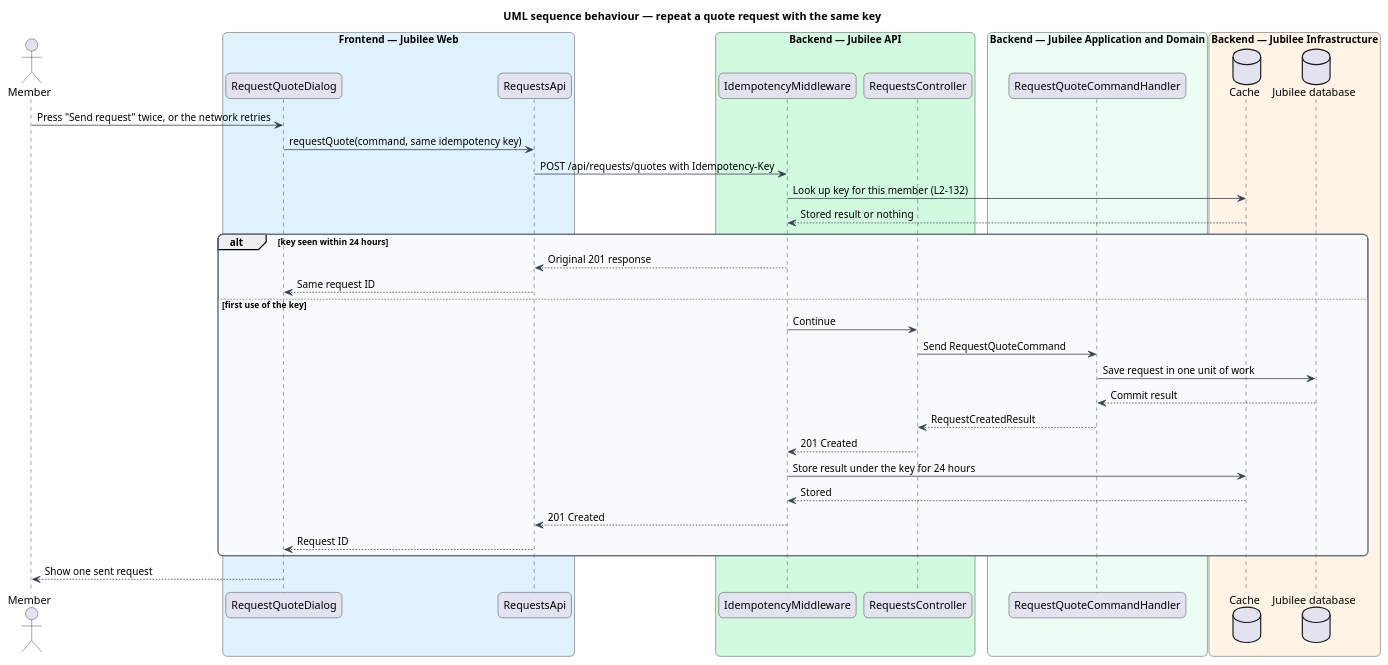
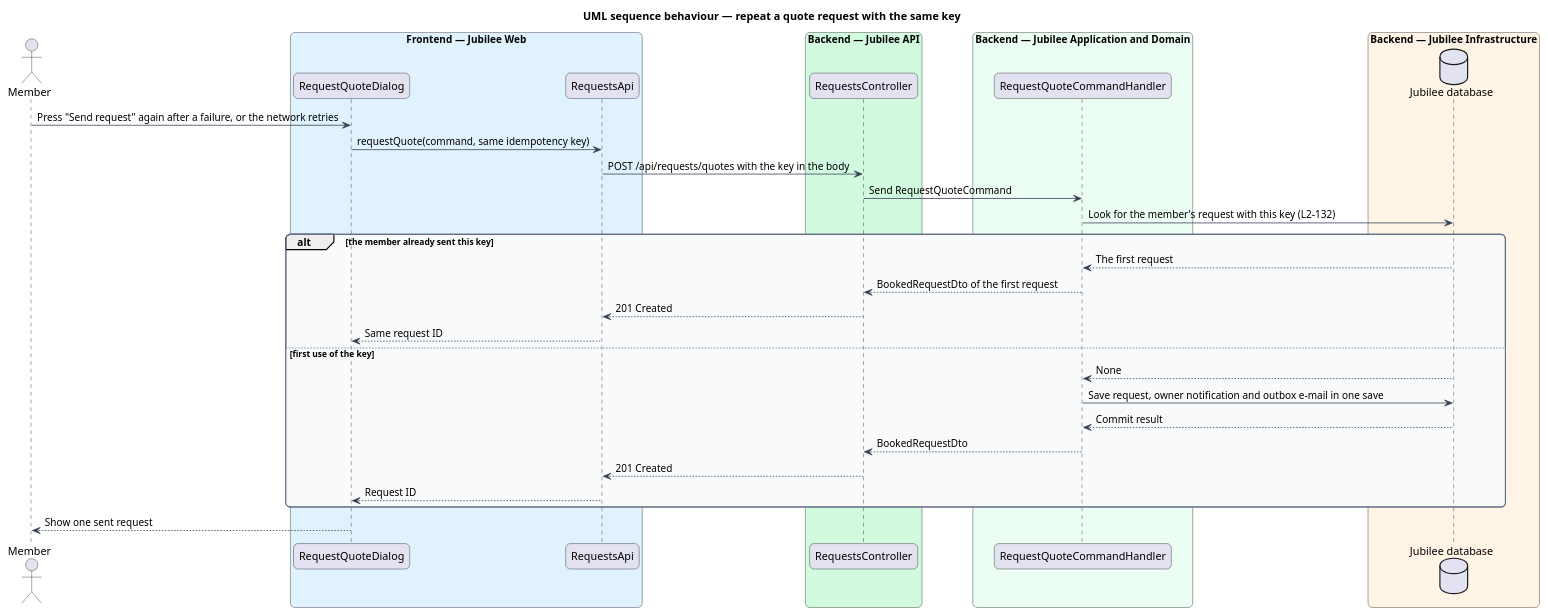
Before and after one commit to QuinntyneBrown/jubilee: the diagram in docs/detailed-designs/requests/request-quote/diagrams/sequence-repeat-request.puml, drawn with PlantUML. The commit also changed 13 other files, not shown here.

First line of the commit message:
Sharpen the quote criteria and bring the request-quote design in line with the code

```diff
--- a/docs/detailed-designs/requests/request-quote/diagrams/sequence-repeat-request.puml
+++ b/docs/detailed-designs/requests/request-quote/diagrams/sequence-repeat-request.puml
@@ -1,54 +1,50 @@
 @startuml
 title UML sequence behaviour — repeat a quote request with the same key
 skinparam backgroundColor #FFFFFF
 skinparam shadowing false
 skinparam roundcorner 12
 skinparam defaultFontName Arial
 skinparam ArrowColor #344054
 skinparam rectangle {
   BorderColor #344054
   FontColor #101828
 }
 skinparam package {
   BorderColor #667085
   FontColor #101828
   BackgroundColor #F9FAFB
 }
 actor "Member" as actor
 box "Frontend — Jubilee Web" #E0F2FE
   participant "RequestQuoteDialog" as dialog
   participant "RequestsApi" as client
 end box
 box "Backend — Jubilee API" #D1FADF
-  participant "IdempotencyMiddleware" as idem
   participant "RequestsController" as controller
 end box
 box "Backend — Jubilee Application and Domain" #ECFDF3
   participant "RequestQuoteCommandHandler" as handler
 end box
 box "Backend — Jubilee Infrastructure" #FFF4E5
-  database "Cache" as cache
   database "Jubilee database" as db
 end box
-actor -> dialog : Press "Send request" twice, or the network retries
+actor -> dialog : Press "Send request" again after a failure, or the network retries
 dialog -> client : requestQuote(command, same idempotency key)
-client -> idem : POST /api/requests/quotes with Idempotency-Key
-idem -> cache : Look up key for this member (L2-132)
-cache --> idem : Stored result or nothing
-alt key seen within 24 hours
-  idem --> client : Original 201 response
+client -> controller : POST /api/requests/quotes with the key in the body
+controller -> handler : Send RequestQuoteCommand
+handler -> db : Look for the member's request with this key (L2-132)
+alt the member already sent this key
+  db --> handler : The first request
+  handler --> controller : BookedRequestDto of the first request
+  controller --> client : 201 Created
   client --> dialog : Same request ID
 else first use of the key
-  idem -> controller : Continue
-  controller -> handler : Send RequestQuoteCommand
-  handler -> db : Save request in one unit of work
+  db --> handler : None
+  handler -> db : Save request, owner notification and outbox e-mail in one save
   db --> handler : Commit result
-  handler --> controller : RequestCreatedResult
-  controller --> idem : 201 Created
-  idem -> cache : Store result under the key for 24 hours
-  cache --> idem : Stored
-  idem --> client : 201 Created
+  handler --> controller : BookedRequestDto
+  controller --> client : 201 Created
   client --> dialog : Request ID
 end
 dialog --> actor : Show one sent request
 @enduml
```
